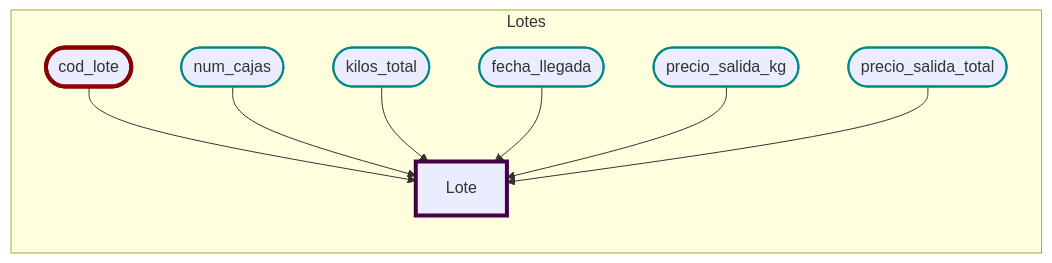
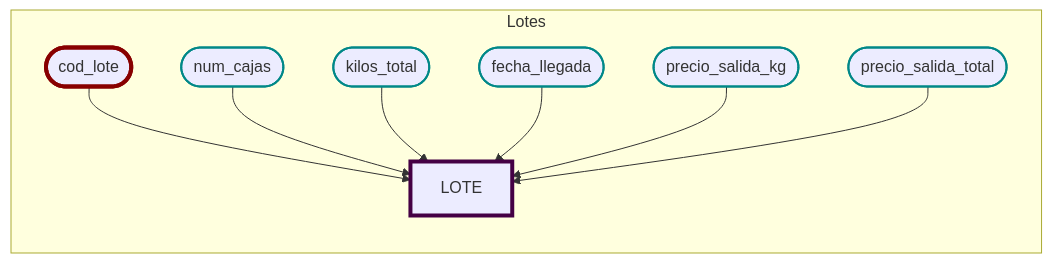
The first of 8 diagrams in DataBases/lonja_DB.md (JulTob/Data), drawn with Mermaid before and after one commit. The commit also changed other lines of this file, not shown here.

````diff
--- a/DataBases/lonja_DB.md
+++ b/DataBases/lonja_DB.md
@@ -28,17 +28,18 @@
 ```mermaid
 flowchart LR
   classDef atributo stroke:#088,stroke-width:2px;
   classDef pk stroke:#800,stroke-width:4px;
   classDef entidad stroke:#404,stroke-width:4px;
+  classDef relacion stroke:#840,stroke-width:2px;
 
   %% Atributos LOTE
   subgraph Lotes
+    Lote[LOTE]:::entidad
     cod_lote([cod_lote]):::pk --> Lote
     num_cajas([num_cajas]):::atributo --> Lote
     kilos_total([kilos_total]):::atributo --> Lote
     fecha_llegada([fecha_llegada]):::atributo --> Lote
     precio_salida_kg([precio_salida_kg]):::atributo --> Lote
     precio_salida_total([precio_salida_total]):::atributo --> Lote
-    Lote:::entidad
     end
 ```
````
